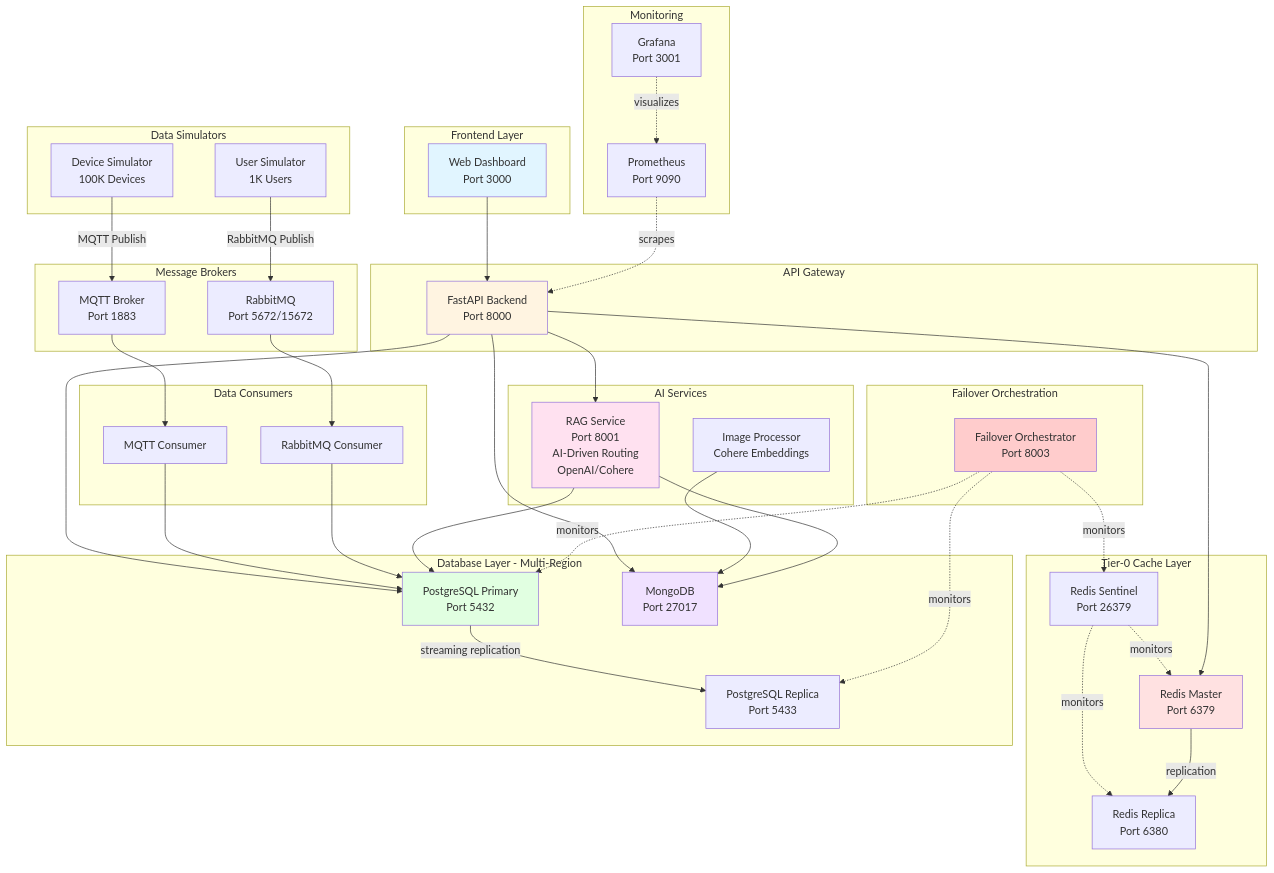
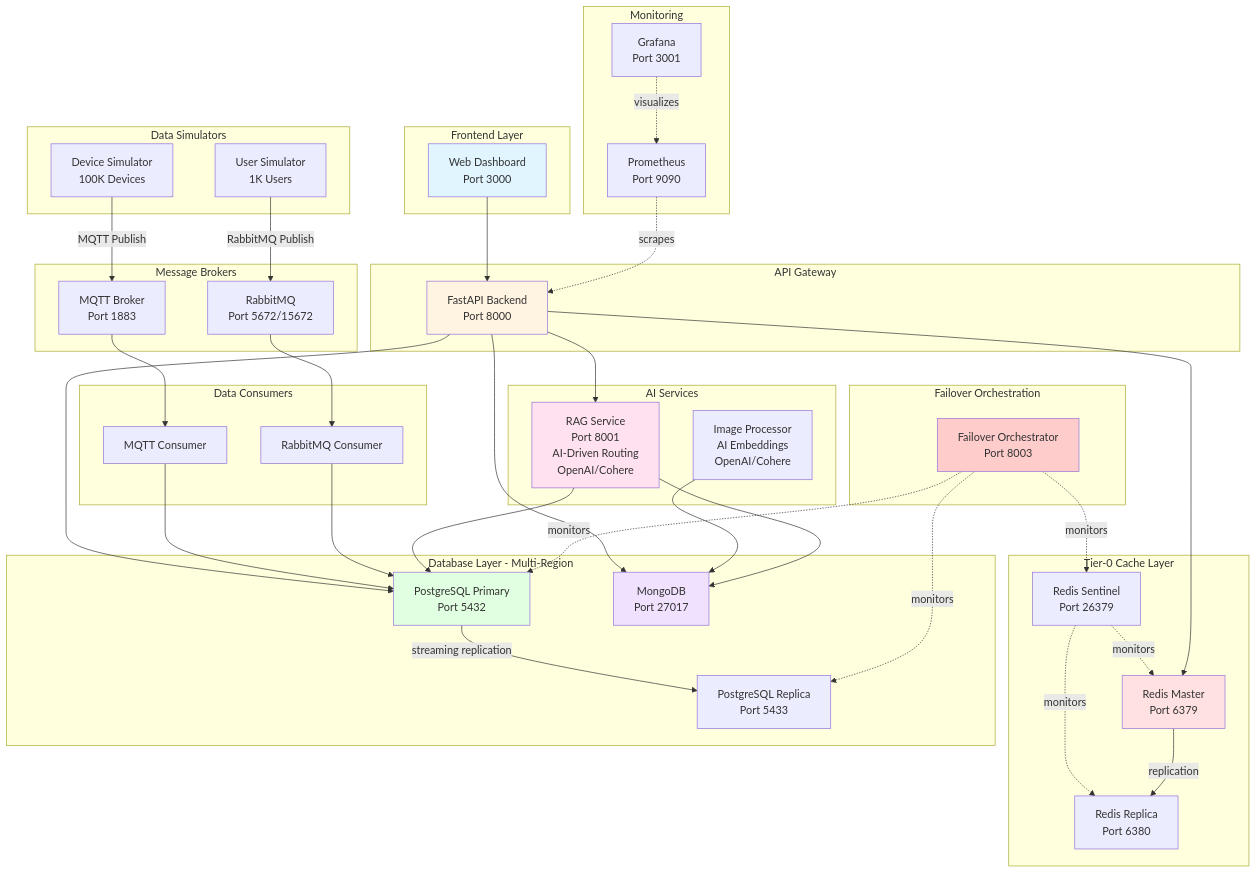
One commit to ConnectBest/EntSystemsHackaton changed the diagram in docs/architecture.md. Above: the diagram before and after it, drawn with Mermaid. The commit also changed other lines of this file and 3 other files, not shown here.

```diff
--- a/docs/architecture.md
+++ b/docs/architecture.md
@@ -48,7 +48,7 @@
 
     subgraph "AI Services"
         RAG[RAG Service<br/>Port 8001<br/>AI-Driven Routing<br/>OpenAI/Cohere]
-        IMG_PROC[Image Processor<br/>Cohere Embeddings]
+        IMG_PROC[Image Processor<br/>AI Embeddings<br/>OpenAI/Cohere]
     end
 
     subgraph "Data Consumers"
```
